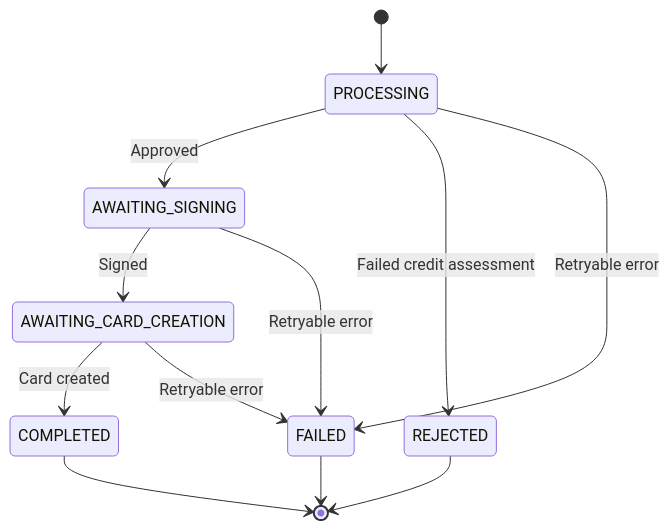
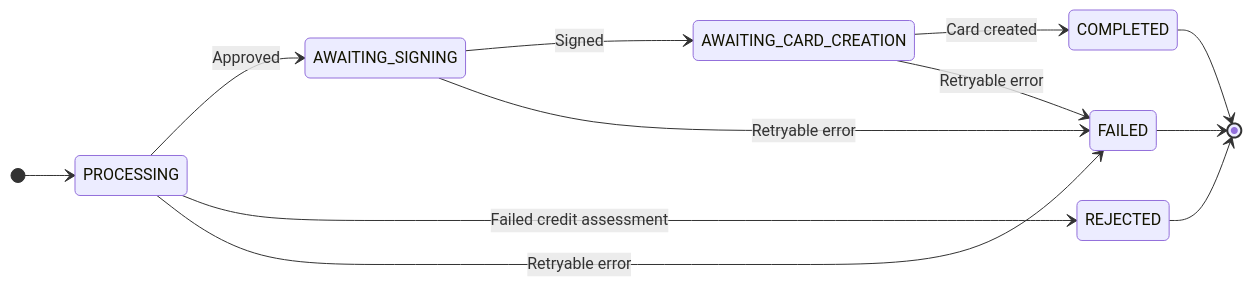
One commit to truonghoangnordiska/docs changed the diagram in card/onboarding.mdx. Above: the diagram before and after it, drawn with Mermaid.

Commit message:
Documentation edits made through Mintlify web editor

````diff
--- a/card/onboarding.mdx
+++ b/card/onboarding.mdx
@@ -140,14 +140,15 @@
 ```mermaid
 stateDiagram-v2
+    direction LR
     [*] --> PROCESSING
     PROCESSING --> AWAITING_SIGNING: Approved
     PROCESSING --> REJECTED: Failed credit assessment
     PROCESSING --> FAILED: Retryable error
     AWAITING_SIGNING --> AWAITING_CARD_CREATION: Signed
     AWAITING_SIGNING --> FAILED: Retryable error 
     AWAITING_CARD_CREATION --> COMPLETED: Card created
     AWAITING_CARD_CREATION --> FAILED: Retryable error 
     COMPLETED --> [*]
     REJECTED --> [*]
     FAILED --> [*]
 ```
````
